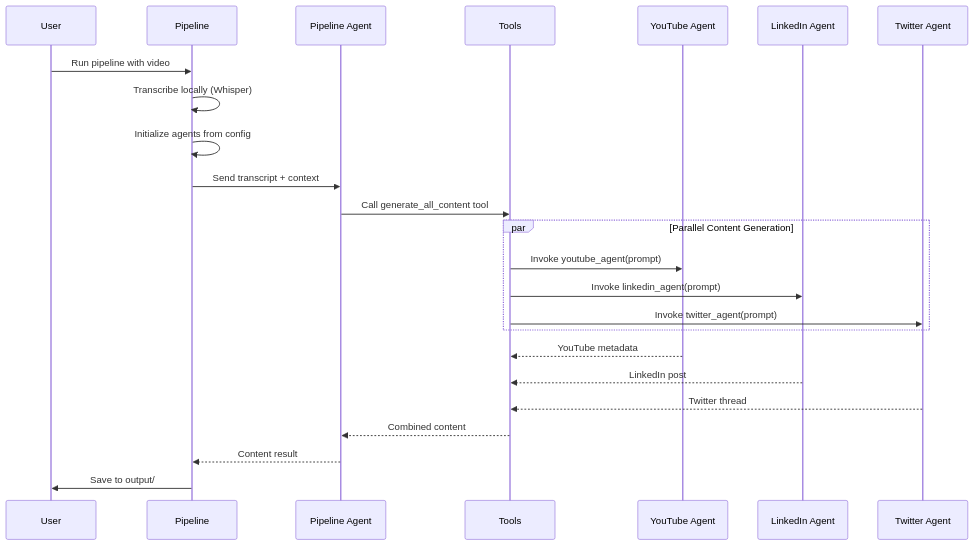
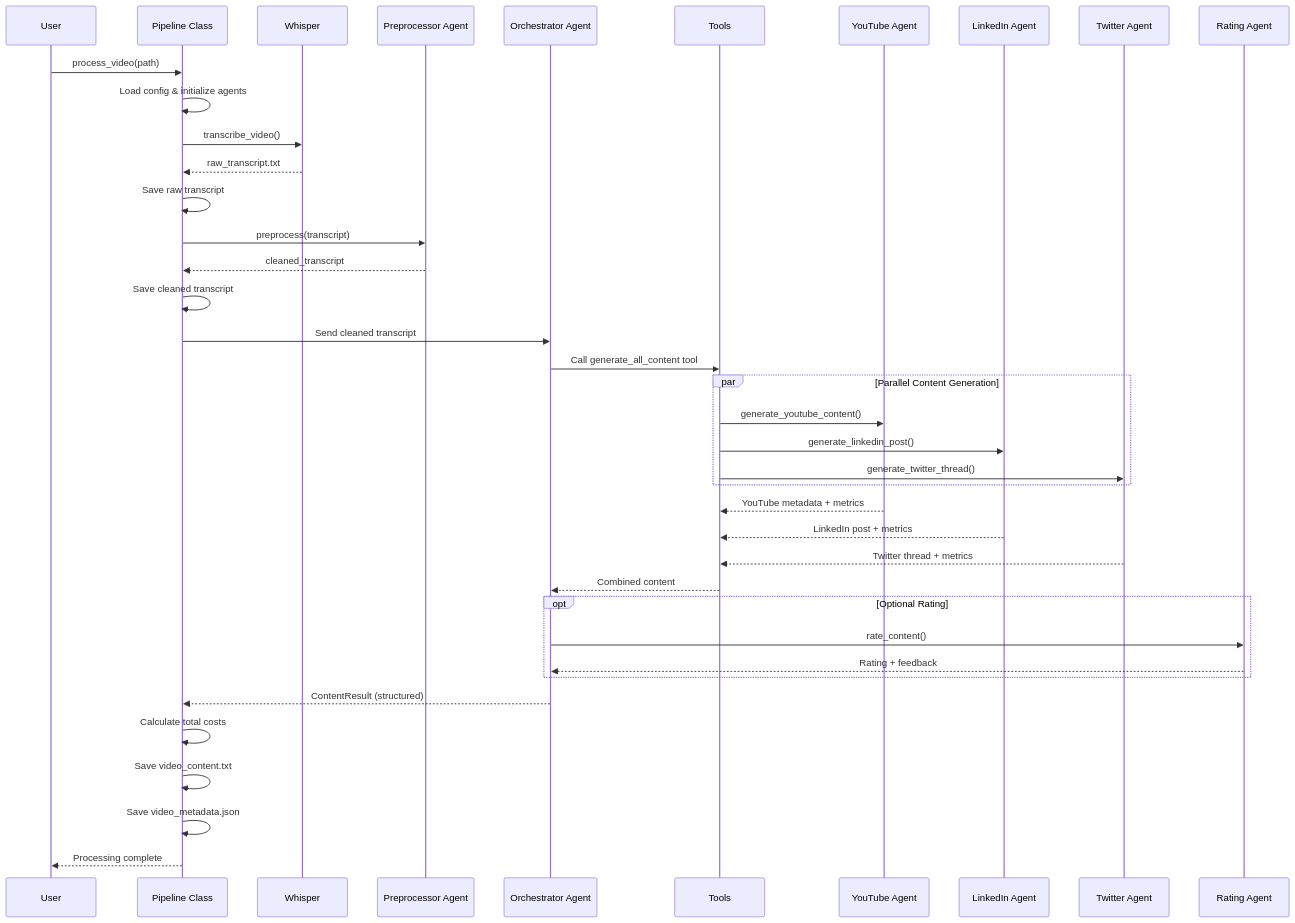
The second of 2 diagrams in README.md (labeveryday/content-copy-pipeline), drawn with Mermaid before and after one commit. The commit also changed other lines of this file, not shown here.

Commit message:
Updated architecture

````diff
--- a/README.md
+++ b/README.md
@@ -143,31 +164,48 @@
 ```mermaid
 sequenceDiagram
     participant U as User
-    participant P as Pipeline
-    participant M as Pipeline Agent
+    participant PC as Pipeline Class
+    participant W as Whisper
+    participant PRE as Preprocessor Agent
+    participant ORC as Orchestrator Agent
     participant T as Tools
     participant Y as YouTube Agent
     participant L as LinkedIn Agent
     participant TW as Twitter Agent
+    participant R as Rating Agent
 
-    U->>P: Run pipeline with video
-    P->>P: Transcribe locally (Whisper)
-    P->>P: Initialize agents from config
-    P->>M: Send transcript + context
-
-    M->>T: Call generate_all_content tool
+    U->>PC: process_video(path)
+    PC->>PC: Load config & initialize agents
+    PC->>W: transcribe_video()
+    W-->>PC: raw_transcript.txt
+    PC->>PC: Save raw transcript
+    
+    PC->>PRE: preprocess(transcript)
+    PRE-->>PC: cleaned_transcript
+    PC->>PC: Save cleaned transcript
+    
+    PC->>ORC: Send cleaned transcript
+    ORC->>T: Call generate_all_content tool
 
     par Parallel Content Generation
-        T->>Y: Invoke youtube_agent(prompt)
-        T->>L: Invoke linkedin_agent(prompt)
-        T->>TW: Invoke twitter_agent(prompt)
+        T->>Y: generate_youtube_content()
+        T->>L: generate_linkedin_post()
+        T->>TW: generate_twitter_thread()
     end
 
-    Y-->>T: YouTube metadata
-    L-->>T: LinkedIn post
-    TW-->>T: Twitter thread
+    Y-->>T: YouTube metadata + metrics
+    L-->>T: LinkedIn post + metrics
+    TW-->>T: Twitter thread + metrics
+    T-->>ORC: Combined content
 
-    T-->>M: Combined content
-    M-->>P: Content result
-    P->>U: Save to output/
+    opt Optional Rating
+        ORC->>R: rate_content()
+        R-->>ORC: Rating + feedback
+    end
+
+    ORC-->>PC: ContentResult (structured)
+    PC->>PC: Calculate total costs
+    PC->>PC: Save video_content.txt
+    PC->>PC: Save video_metadata.json
+    PC-->>U: Processing complete
 ```
````
